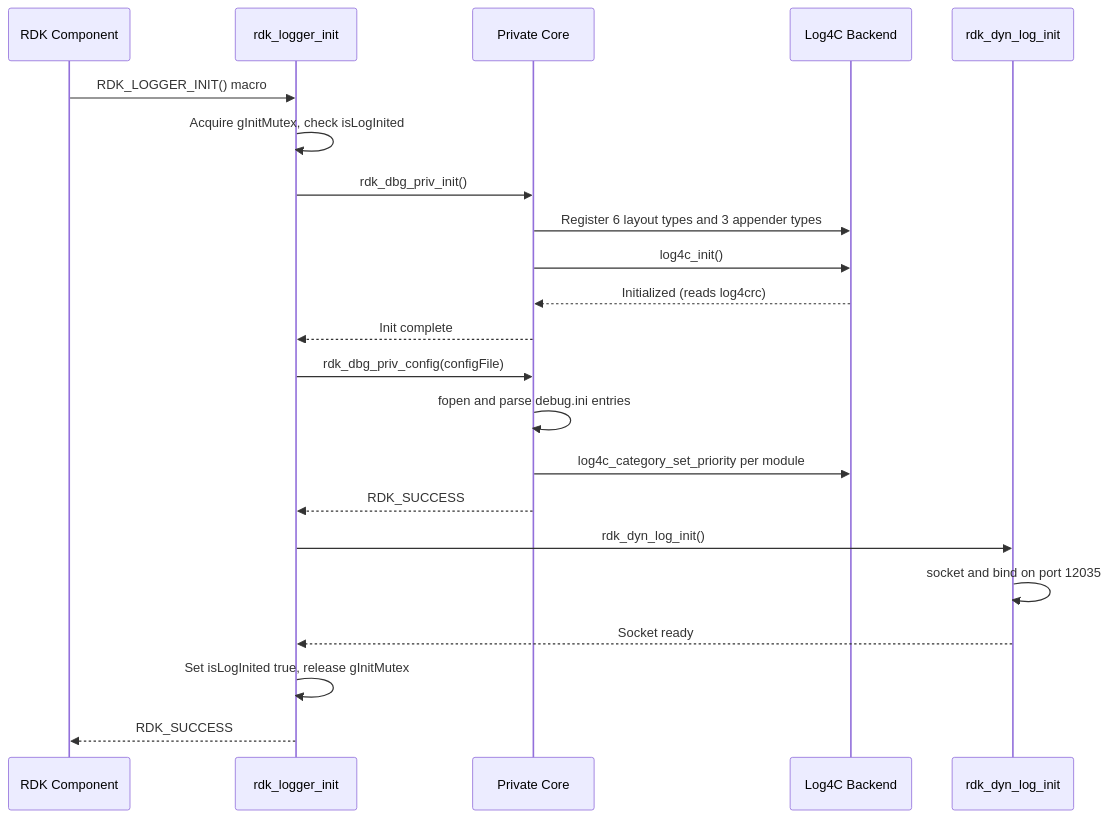
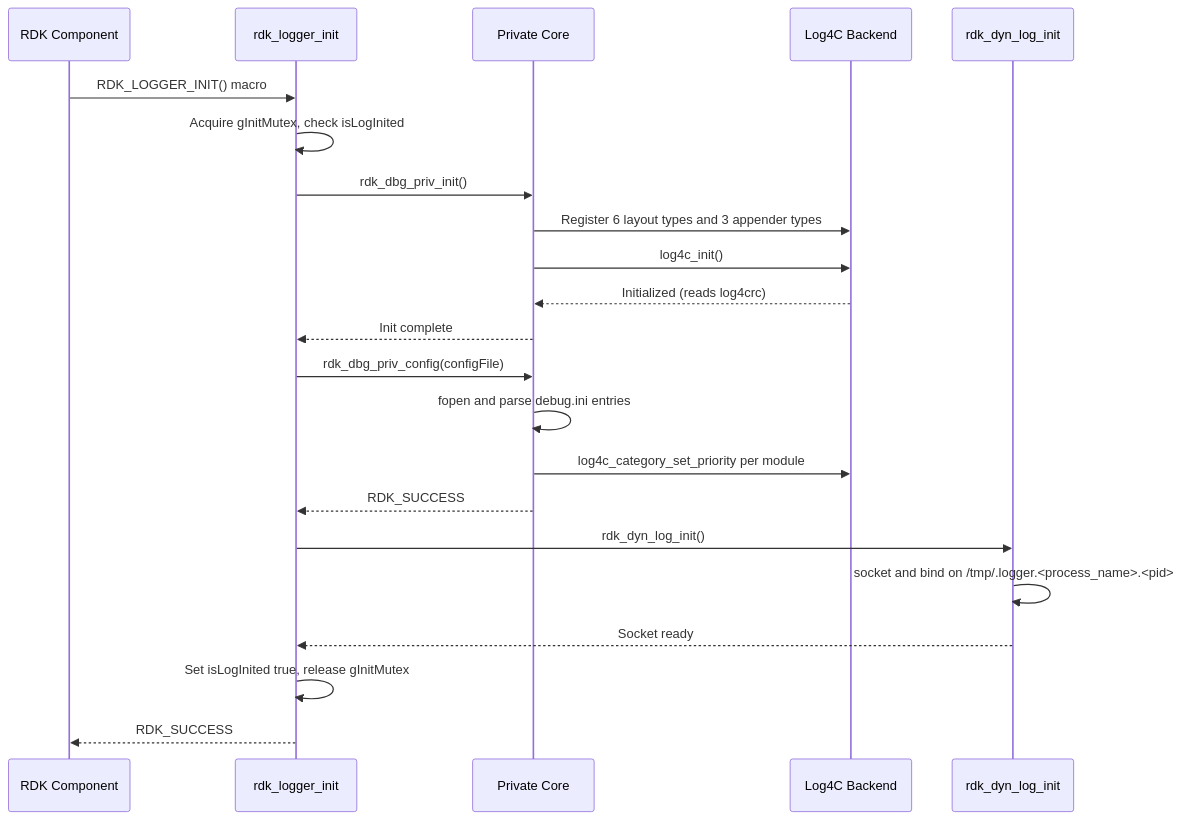
Before and after one commit to rdkcentral/rdk_logger: the fourth of 8 diagrams in docs/README.md, drawn with Mermaid. The commit also changed other lines of this file and 12 other files, not shown here.

````diff
--- a/docs/README.md
+++ b/docs/README.md
@@ -209,25 +209,25 @@
 ```mermaid
 sequenceDiagram
     participant App as RDK Component
     participant Logger as rdk_logger_init
     participant PrivCore as Private Core
     participant Log4C as Log4C Backend
     participant DynLog as rdk_dyn_log_init
 
     App->>Logger: RDK_LOGGER_INIT() macro
     Logger->>Logger: Acquire gInitMutex, check isLogInited
     Logger->>PrivCore: rdk_dbg_priv_init()
     PrivCore->>Log4C: Register 6 layout types and 3 appender types
     PrivCore->>Log4C: log4c_init()
     Log4C-->>PrivCore: Initialized (reads log4crc)
     PrivCore-->>Logger: Init complete
     Logger->>PrivCore: rdk_dbg_priv_config(configFile)
     PrivCore->>PrivCore: fopen and parse debug.ini entries
     PrivCore->>Log4C: log4c_category_set_priority per module
     PrivCore-->>Logger: RDK_SUCCESS
     Logger->>DynLog: rdk_dyn_log_init()
-    DynLog->>DynLog: socket and bind on port 12035
+    DynLog->>DynLog: socket and bind on /tmp/.logger.<process_name>.<pid>
     DynLog-->>Logger: Socket ready
     Logger->>Logger: Set isLogInited true, release gInitMutex
     Logger-->>App: RDK_SUCCESS
 ```
````
